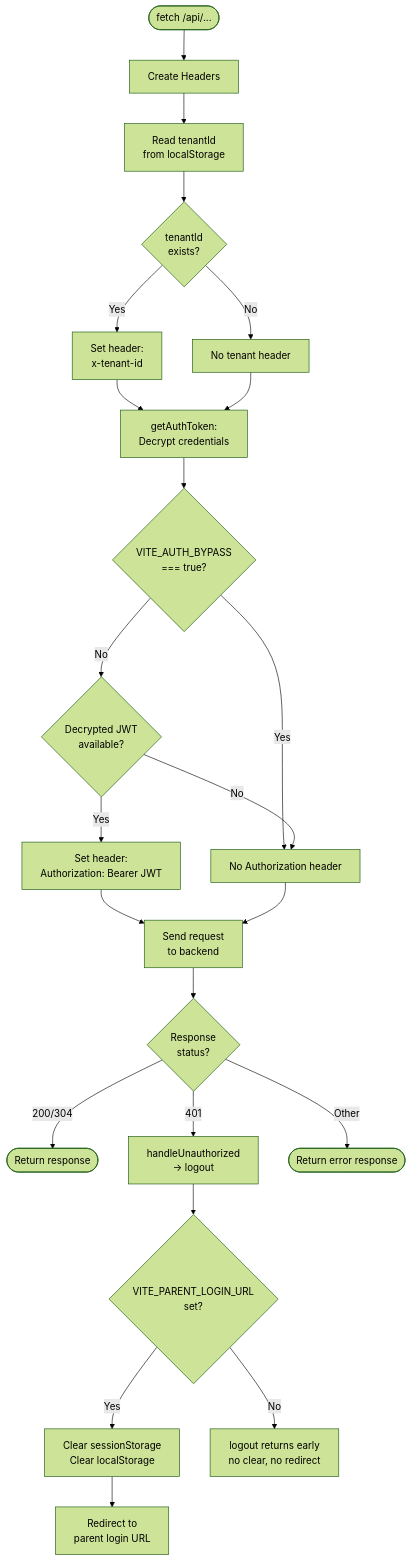
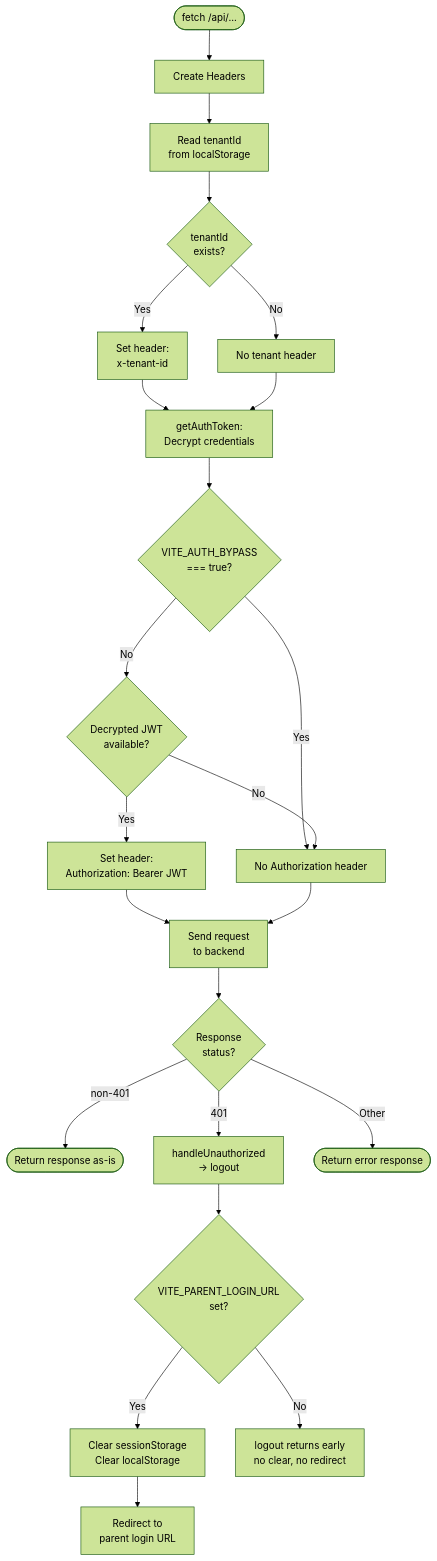
Before and after one commit to safe-lanes/crewdevnov12: the second of 4 diagrams in docs/jwt-authentication-flow.md, drawn with Mermaid (forest theme). The commit also changed other lines of this file, not shown here.

First line of the commit message:
Task #190: Create Mermaid diagram of JWT authentication & domain flow

````diff
--- a/docs/jwt-authentication-flow.md
+++ b/docs/jwt-authentication-flow.md
@@ -50,30 +50,30 @@
 ```mermaid
 flowchart TD
     FetchCall([fetch /api/...]) --> BuildHeaders[Create Headers]
 
     BuildHeaders --> ReadTenant[Read tenantId\nfrom localStorage]
     ReadTenant --> HasTenantId{tenantId\nexists?}
     HasTenantId -- Yes --> SetTenant[Set header:\nx-tenant-id]
     HasTenantId -- No --> SkipTenant[No tenant header]
 
     SetTenant --> ReadToken[getAuthToken:\nDecrypt credentials]
     SkipTenant --> ReadToken
 
     ReadToken --> BypassCheck2{VITE_AUTH_BYPASS\n=== true?}
     BypassCheck2 -- Yes --> NoAuthHeader[No Authorization header]
     BypassCheck2 -- No --> HasJWT{Decrypted JWT\navailable?}
     HasJWT -- Yes --> SetAuth["Set header:\nAuthorization: Bearer JWT"]
     HasJWT -- No --> NoAuthHeader
 
     SetAuth --> SendRequest[Send request\nto backend]
     NoAuthHeader --> SendRequest
 
     SendRequest --> CheckResponse{Response\nstatus?}
-    CheckResponse -- "200/304" --> ReturnOK([Return response])
+    CheckResponse -- "non-401" --> ReturnOK([Return response as-is])
     CheckResponse -- "401" --> Handle401[handleUnauthorized\n→ logout]
     Handle401 --> HasLoginURL2{VITE_PARENT_LOGIN_URL\nset?}
     HasLoginURL2 -- Yes --> ClearStorage[Clear sessionStorage\nClear localStorage]
     ClearStorage --> RedirectLogin[Redirect to\nparent login URL]
     HasLoginURL2 -- No --> NoOpLogout["logout returns early\nno clear, no redirect"]
     CheckResponse -- Other --> ReturnErr([Return error response])
 ```
````
